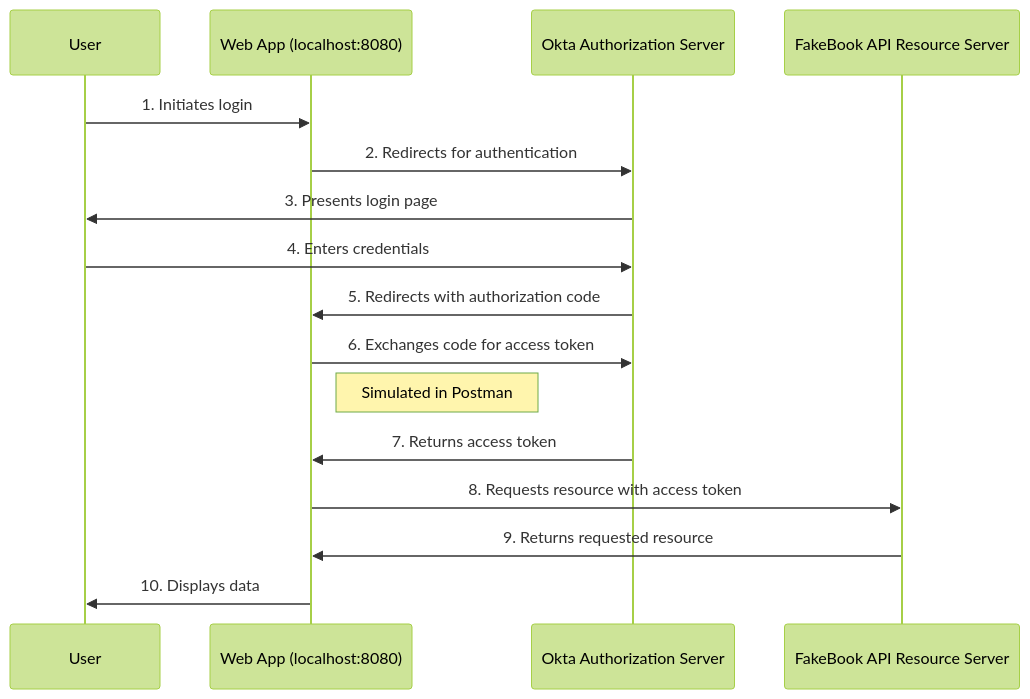
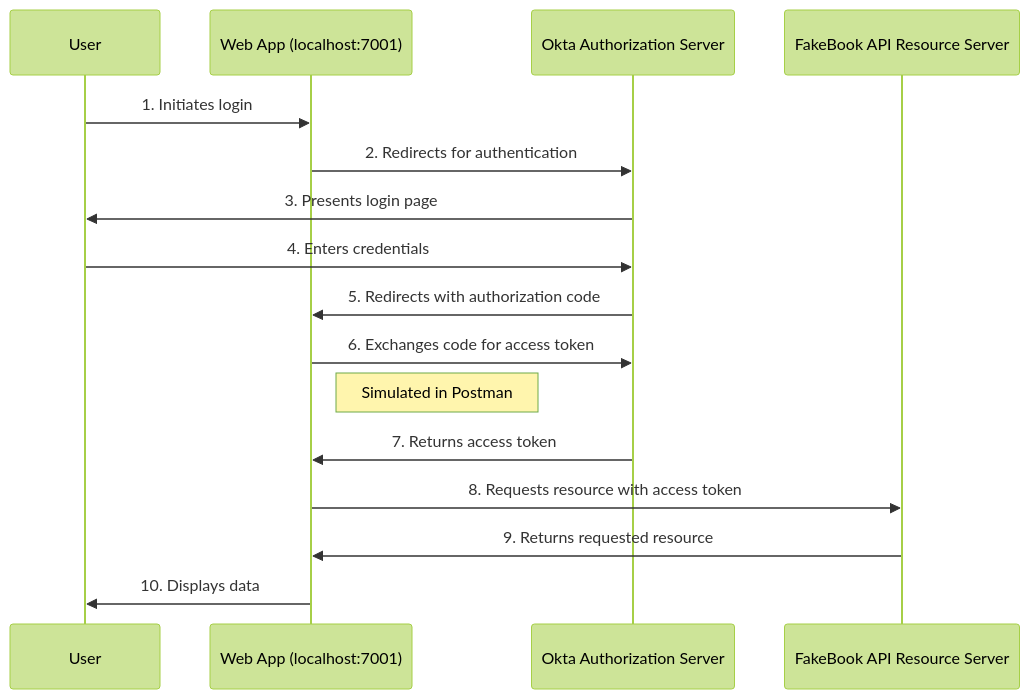
The diagram in README.md (arunvl88/OAuth), drawn with Mermaid (forest theme) before and after one commit.

````diff
--- a/README.md
+++ b/README.md
@@ -372,19 +372,19 @@
 ```mermaid
 sequenceDiagram
     participant User
-    participant WebApp as Web App (localhost:8080)
+    participant WebApp as Web App (localhost:7001)
     participant Okta as Okta Authorization Server
     participant FakeBookAPI as FakeBook API Resource Server
 
     User->>WebApp: 1. Initiates login
     WebApp->>Okta: 2. Redirects for authentication
     Okta->>User: 3. Presents login page
     User->>Okta: 4. Enters credentials
     Okta->>WebApp: 5. Redirects with authorization code
     WebApp->>Okta: 6. Exchanges code for access token
     Note right of WebApp: Simulated in Postman
     Okta->>WebApp: 7. Returns access token
     WebApp->>FakeBookAPI: 8. Requests resource with access token
     FakeBookAPI->>WebApp: 9. Returns requested resource
     WebApp->>User: 10. Displays data
 ```
````
